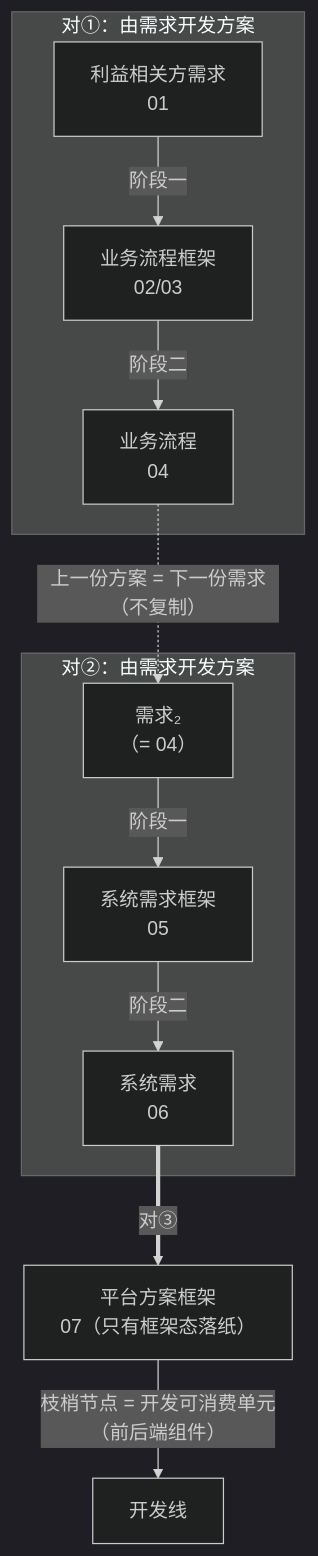
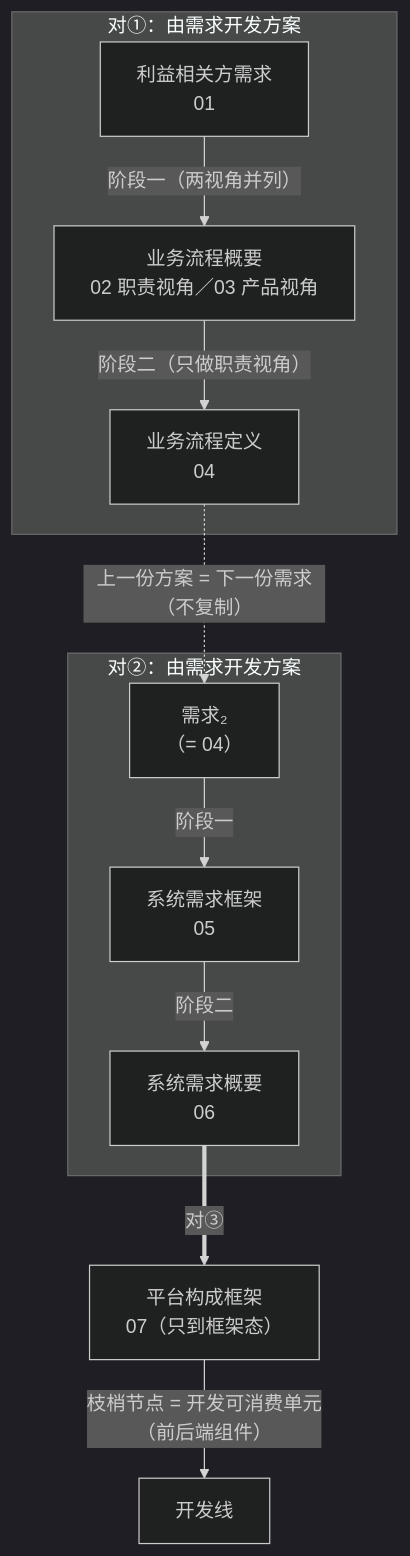
One commit to Yongjunzhou/AOS-system-design changed the fourth of 4 diagrams in 100-subprojects/01-系统工程研究/00-系统工程相关研究报告/20-设计与开发落地方法研究报告—需求与方案结对开发.md. Above: the diagram before and after it, drawn with Mermaid (dark theme). The commit also changed other lines of this file and 4 other files, not shown here.

````diff
--- a/100-subprojects/01-系统工程研究/00-系统工程相关研究报告/20-设计与开发落地方法研究报告—需求与方案结对开发.md
+++ b/100-subprojects/01-系统工程研究/00-系统工程相关研究报告/20-设计与开发落地方法研究报告—需求与方案结对开发.md
@@ -334,14 +415,14 @@
 ```mermaid
 flowchart TD
     subgraph P1["对①：由需求开发方案"]
-        A["利益相关方需求<br/>01"] -->|"阶段一"| B["业务流程框架<br/>02/03"]
-        B -->|"阶段二"| C["业务流程<br/>04"]
+        A["利益相关方需求<br/>01"] -->|"阶段一（两视角并列）"| B["业务流程概要<br/>02 职责视角／03 产品视角"]
+        B -->|"阶段二（只做职责视角）"| C["业务流程定义<br/>04"]
     end
     subgraph P2["对②：由需求开发方案"]
         D["需求₂<br/>（= 04）"] -->|"阶段一"| E["系统需求框架<br/>05"]
-        E -->|"阶段二"| F["系统需求<br/>06"]
+        E -->|"阶段二"| F["系统需求概要<br/>06"]
     end
     C -.->|"上一份方案 = 下一份需求（不复制）"| D
-    F ==>|"对③"| G["平台方案框架<br/>07（只有框架态落纸）"]
+    F ==>|"对③"| G["平台构成框架<br/>07（只到框架态）"]
     G -->|"枝梢节点 = 开发可消费单元<br/>（前后端组件）"| H["开发线"]
 ```
````
